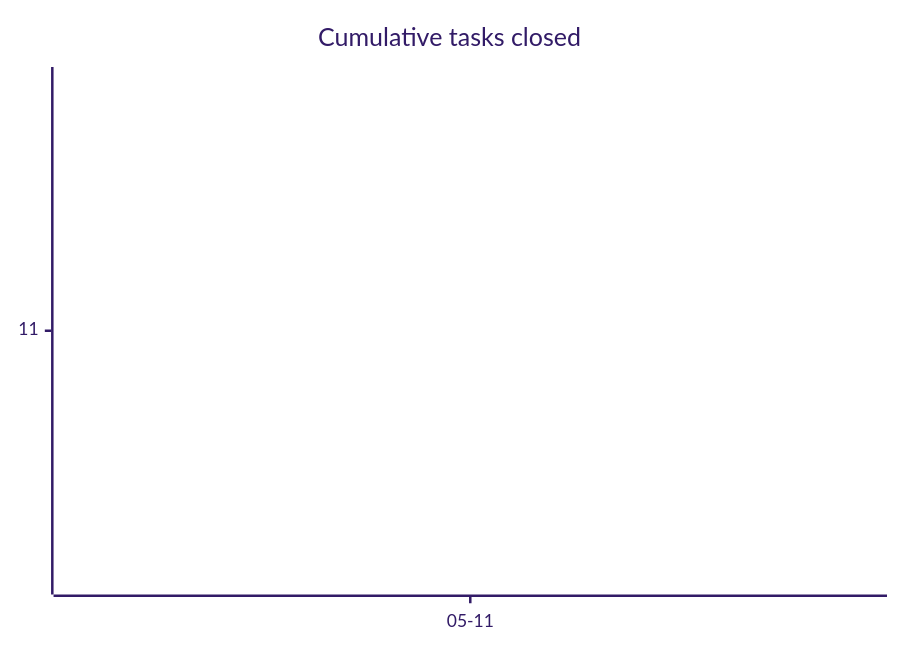
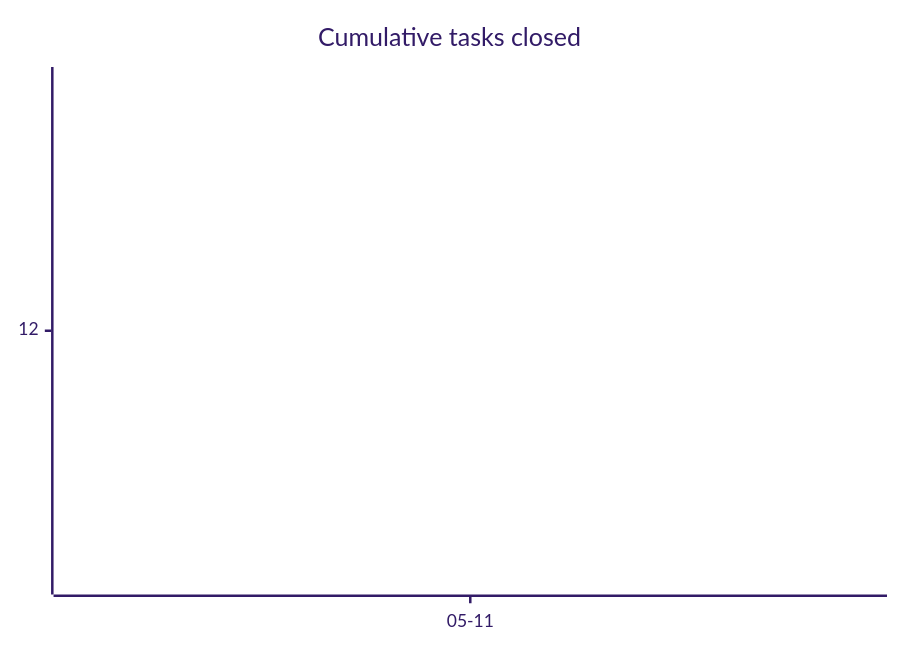
The first of 3 diagrams in docs/developers/tasks/OVERVIEW.md (tgd1975/AwesomeGuitarPedal), drawn with Mermaid (forest theme) before and after one commit. The commit also changed other lines of this file and 5 other files, not shown here.

````diff
--- a/docs/developers/tasks/OVERVIEW.md
+++ b/docs/developers/tasks/OVERVIEW.md
@@ -22,6 +22,6 @@
 ```mermaid
 xychart-beta
     title "Cumulative tasks closed"
     x-axis ["05-11"]
-    line [11]
+    line [12]
 ```
````
